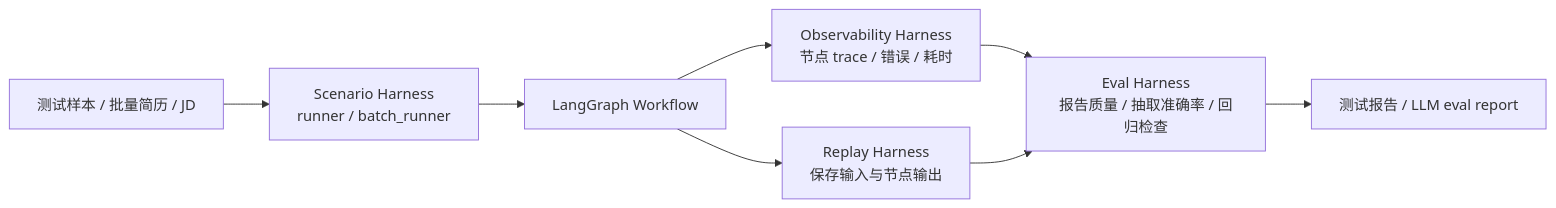
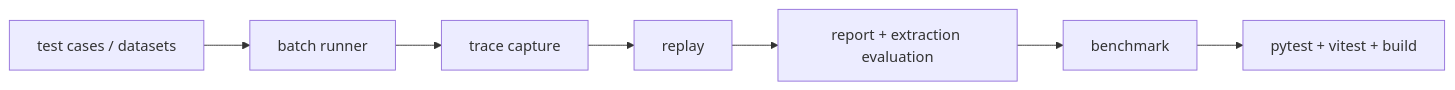
One commit to supeng0916-beep/resume-pilot changed the seventh of 8 diagrams in docs/architecture_diagrams.md. Above: the diagram before and after it, drawn with Mermaid. The commit also changed other lines of this file and 3 other files, not shown here.

Commit message:
docs: clarify production database architecture

````diff
--- a/docs/architecture_diagrams.md
+++ b/docs/architecture_diagrams.md
@@ -276,18 +164,17 @@
 ```mermaid
 flowchart LR
-    Cases["测试样本 / 批量简历 / JD"]
-    Runner["Scenario Harness<br/>runner / batch_runner"]
-    Workflow["LangGraph Workflow"]
-    Trace["Observability Harness<br/>节点 trace / 错误 / 耗时"]
-    Replay["Replay Harness<br/>保存输入与节点输出"]
-    Eval["Eval Harness<br/>报告质量 / 抽取准确率 / 回归检查"]
-    Report["测试报告 / LLM eval report"]
+    Cases["test cases / datasets"]
+    Runner["batch runner"]
+    Trace["trace capture"]
+    Replay["replay"]
+    Eval["report + extraction evaluation"]
+    Benchmark["benchmark"]
+    Tests["pytest + vitest + build"]
 
     Cases --> Runner
-    Runner --> Workflow
-    Workflow --> Trace
-    Workflow --> Replay
-    Trace --> Eval
+    Runner --> Trace
+    Trace --> Replay
     Replay --> Eval
-    Eval --> Report
+    Eval --> Benchmark
+    Benchmark --> Tests
 ```
````
